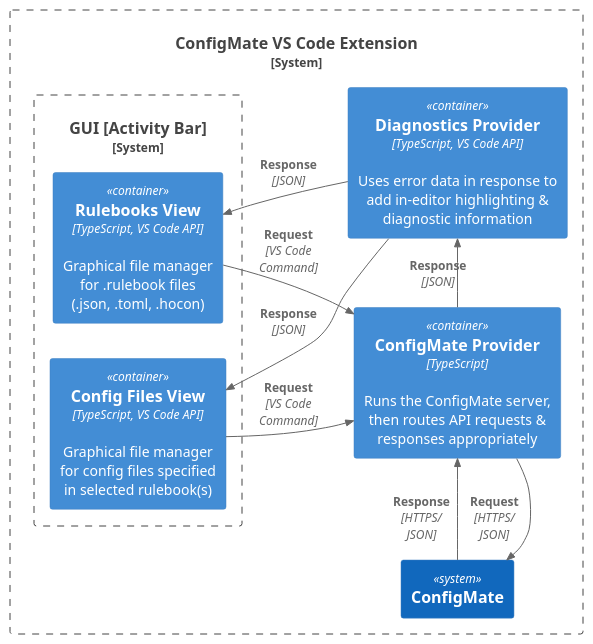
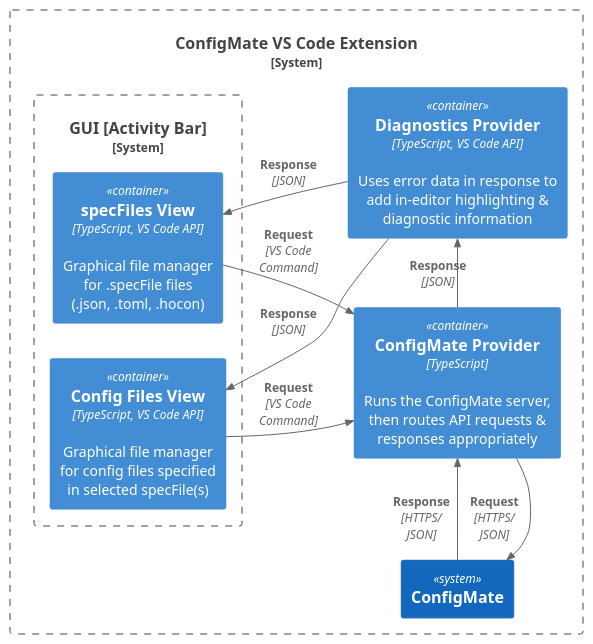
One commit to ConfigMate/configmate-gui changed the diagram in diagrams/src/frontend.plantuml. Above: the diagram before and after it, drawn with PlantUML. The commit also changed 12 other files, not shown here.

Commit message:
rulebook -> specFile

```diff
--- a/diagrams/src/frontend.plantuml
+++ b/diagrams/src/frontend.plantuml
@@ -1,27 +1,27 @@
 @startuml c4
 !include  https://raw.githubusercontent.com/plantuml-stdlib/C4-PlantUML/master/C4_Container.puml
 
 LAYOUT_LANDSCAPE()
 
 ' Person(user, "User", "Uses ConfigMate to manage config files")
 
 System_Boundary(extension, "ConfigMate VS Code Extension") {
 	System_Boundary(gui, "GUI [Activity Bar]") {
-		Container(rulebooks, "Rulebooks View", "TypeScript, VS Code API", "Graphical file manager\nfor .rulebook files\n(.json, .toml, .hocon)")
-		Container(configFiles, "Config Files View", "TypeScript, VS Code API", "Graphical file manager\nfor config files specified\nin selected rulebook(s)")
+		Container(specFiles, "specFiles View", "TypeScript, VS Code API", "Graphical file manager\nfor .specFile files\n(.json, .toml, .hocon)")
+		Container(configFiles, "Config Files View", "TypeScript, VS Code API", "Graphical file manager\nfor config files specified\nin selected specFile(s)")
 	}
 	Container(configmateProvider, "ConfigMate Provider", "TypeScript", "Runs the ConfigMate server, then routes API requests & responses appropriately")
 	Container(diagnosticsProvider, "Diagnostics Provider", "TypeScript, VS Code API", "Uses error data in response to add in-editor highlighting & diagnostic information")
 	System(configmate, "ConfigMate")
 }
 Rel_U(configmateProvider, configmate, "\nRequest", "HTTPS/\nJSON")
 Rel_D(configmate, configmateProvider, "\nResponse", "HTTPS/\nJSON")
 Rel_U(configmateProvider, diagnosticsProvider, "Response", "JSON")
 
-Rel_R(rulebooks, configmateProvider, "Request", "VS Code\nCommand")
+Rel_R(specFiles, configmateProvider, "Request", "VS Code\nCommand")
 Rel_R(configFiles, configmateProvider, "Request", "VS Code\nCommand")
-Rel_L(diagnosticsProvider, rulebooks, "Response", "JSON")
+Rel_L(diagnosticsProvider, specFiles, "Response", "JSON")
 Rel_L(diagnosticsProvider, configFiles, "Response", "JSON")
 
 ' SHOW_FLOATING_LEGEND()
 @enduml
```
